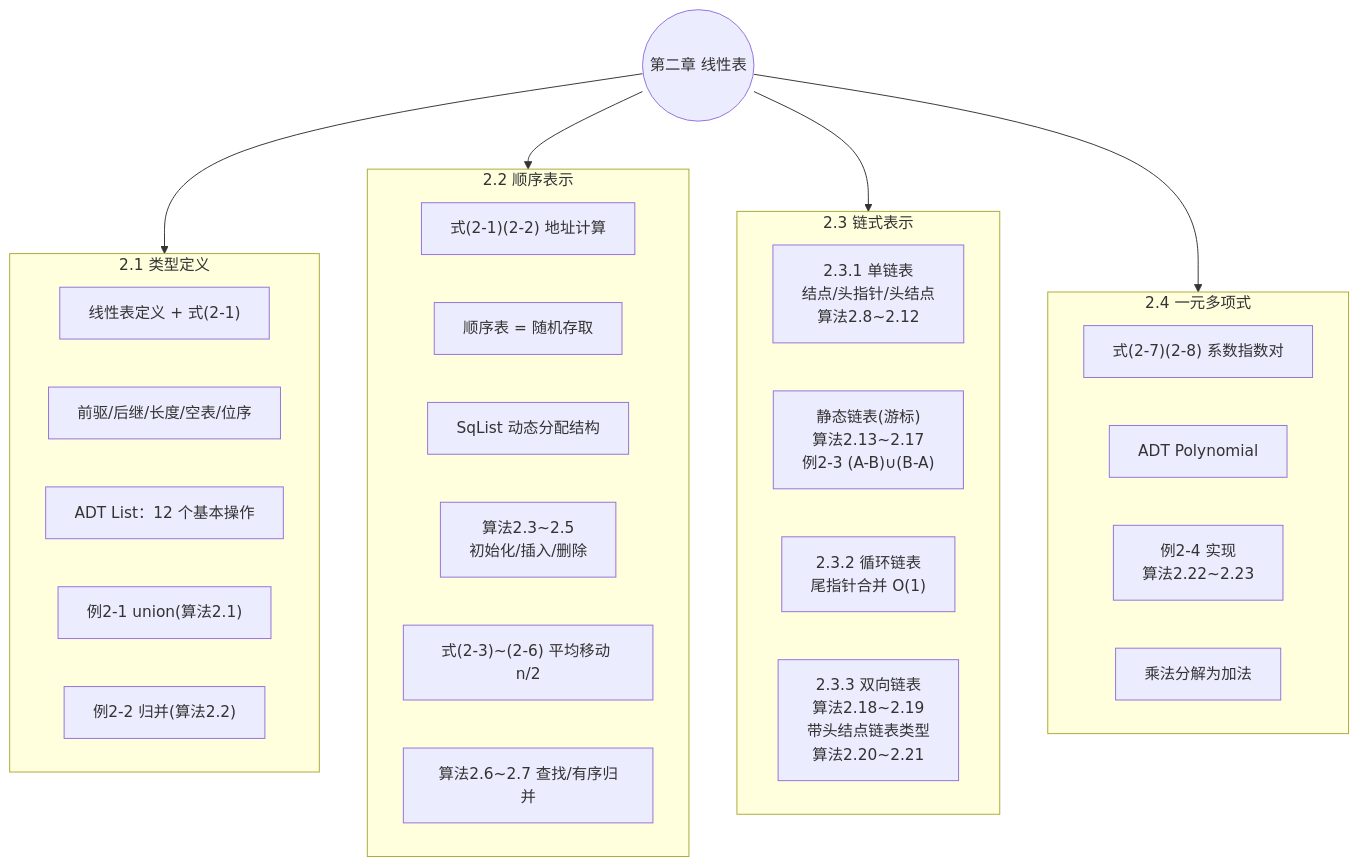
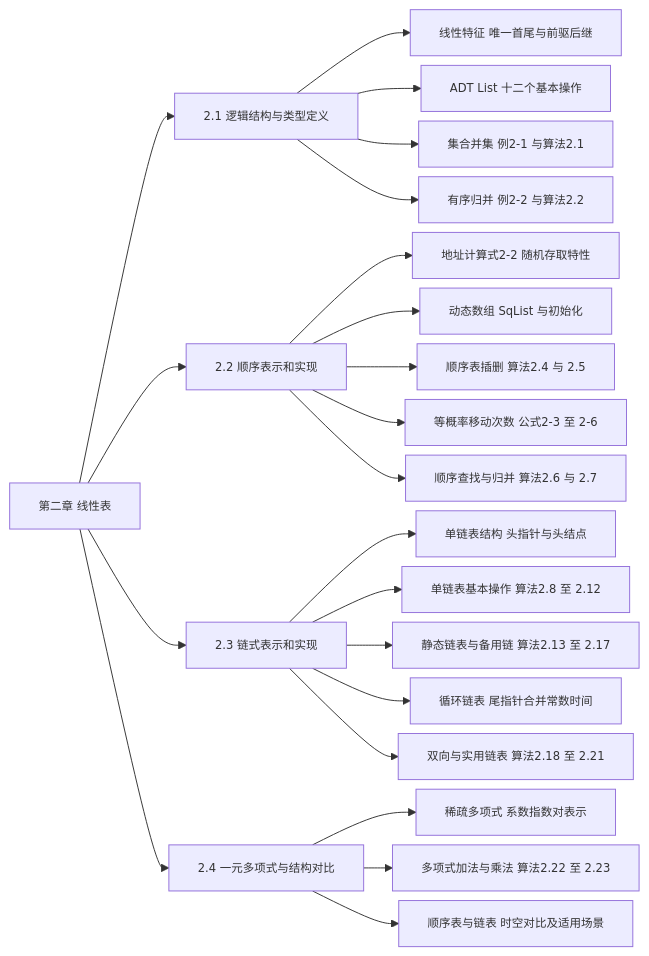
One commit to gududewangzhe/data-structures-notes changed the diagram in 数据结构 第二章 线性表 详细版讲义.md. Above: the diagram before and after it, drawn with Mermaid. The commit also changed other lines of this file and 58 other files, not shown here.

First line of the commit message:
按节次重整全部讲义并统一插图与体例

````diff
--- a/数据结构 第二章 线性表 详细版讲义.md
+++ b/数据结构 第二章 线性表 详细版讲义.md
@@ -9,40 +17,56 @@
 ```mermaid
-flowchart TD
-    ROOT(("第二章 线性表"))
+%%{init: {"flowchart": {"nodeSpacing": 10, "rankSpacing": 30, "curve": "basis"}, "themeVariables": {"fontSize": "12px"}}}%%
+flowchart LR
+    R["第二章 线性表"]
+    A["2.1 逻辑结构与类型定义"]
+    B["2.2 顺序表示和实现"]
+    C["2.3 链式表示和实现"]
+    D["2.4 一元多项式与结构对比"]
 
-    subgraph A["2.1 类型定义"]
-        A1["线性表定义 + 式(2-1)"]
-        A2["前驱/后继/长度/空表/位序"]
-        A3["ADT List：12 个基本操作"]
-        A4["例2-1 union(算法2.1)"]
-        A5["例2-2 归并(算法2.2)"]
-    end
+    A1["线性特征 唯一首尾与前驱后继"]
+    A2["ADT List 十二个基本操作"]
+    A3["集合并集 例2-1 与算法2.1"]
+    A4["有序归并 例2-2 与算法2.2"]
 
-    subgraph B["2.2 顺序表示"]
-        B1["式(2-1)(2-2) 地址计算"]
-        B2["顺序表 = 随机存取"]
-        B3["SqList 动态分配结构"]
-        B4["算法2.3~2.5<br/>初始化/插入/删除"]
-        B5["式(2-3)~(2-6) 平均移动 n/2"]
-        B6["算法2.6~2.7 查找/有序归并"]
-    end
+    B1["地址计算式2-2 随机存取特性"]
+    B2["动态数组 SqList 与初始化"]
+    B3["顺序表插删 算法2.4 与 2.5"]
+    B4["等概率移动次数 公式2-3 至 2-6"]
+    B5["顺序查找与归并 算法2.6 与 2.7"]
 
-    subgraph C["2.3 链式表示"]
-        C1["2.3.1 单链表<br/>结点/头指针/头结点<br/>算法2.8~2.12"]
-        C2["静态链表(游标)<br/>算法2.13~2.17<br/>例2-3 (A-B)∪(B-A)"]
-        C3["2.3.2 循环链表<br/>尾指针合并 O(1)"]
-        C4["2.3.3 双向链表<br/>算法2.18~2.19<br/>带头结点链表类型<br/>算法2.20~2.21"]
-    end
+    C1["单链表结构 头指针与头结点"]
+    C2["单链表基本操作 算法2.8 至 2.12"]
+    C3["静态链表与备用链 算法2.13 至 2.17"]
+    C4["循环链表 尾指针合并常数时间"]
+    C5["双向与实用链表 算法2.18 至 2.21"]
 
-    subgraph D["2.4 一元多项式"]
-        D1["式(2-7)(2-8) 系数指数对"]
-        D2["ADT Polynomial"]
-        D3["例2-4 实现<br/>算法2.22~2.23"]
-        D4["乘法分解为加法"]
-    end
+    D1["稀疏多项式 系数指数对表示"]
+    D2["多项式加法与乘法 算法2.22 至 2.23"]
+    D3["顺序表与链表 时空对比及适用场景"]
 
-    ROOT --> A
-    ROOT --> B
-    ROOT --> C
-    ROOT --> D
+    R --> A
+    R --> B
+    R --> C
+    R --> D
+
+    A --> A1
+    A --> A2
+    A --> A3
+    A --> A4
+
+    B --> B1
+    B --> B2
+    B --> B3
+    B --> B4
+    B --> B5
+
+    C --> C1
+    C --> C2
+    C --> C3
+    C --> C4
+    C --> C5
+
+    D --> D1
+    D --> D2
+    D --> D3
 ```
````
